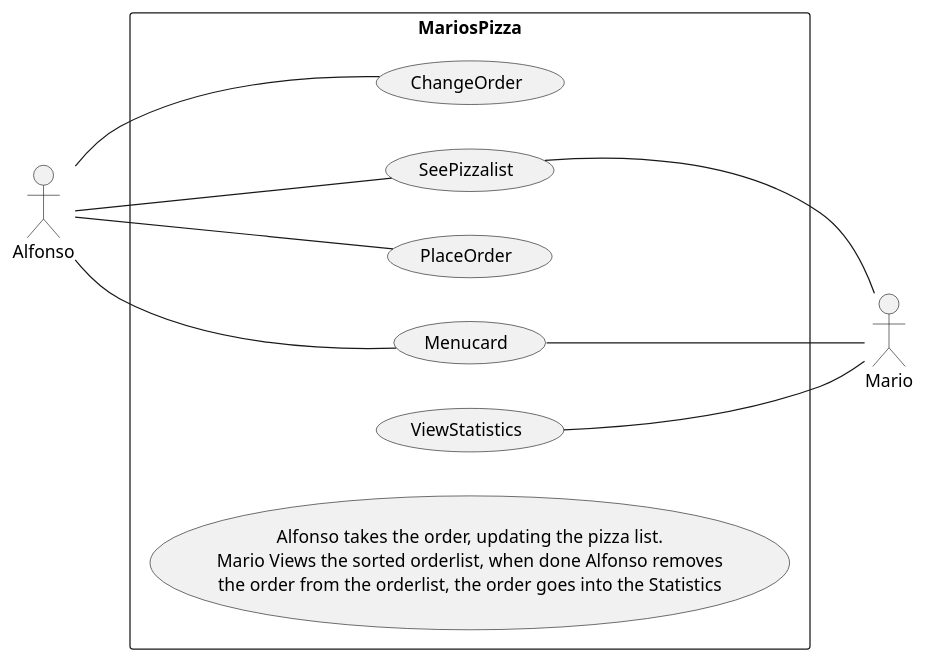
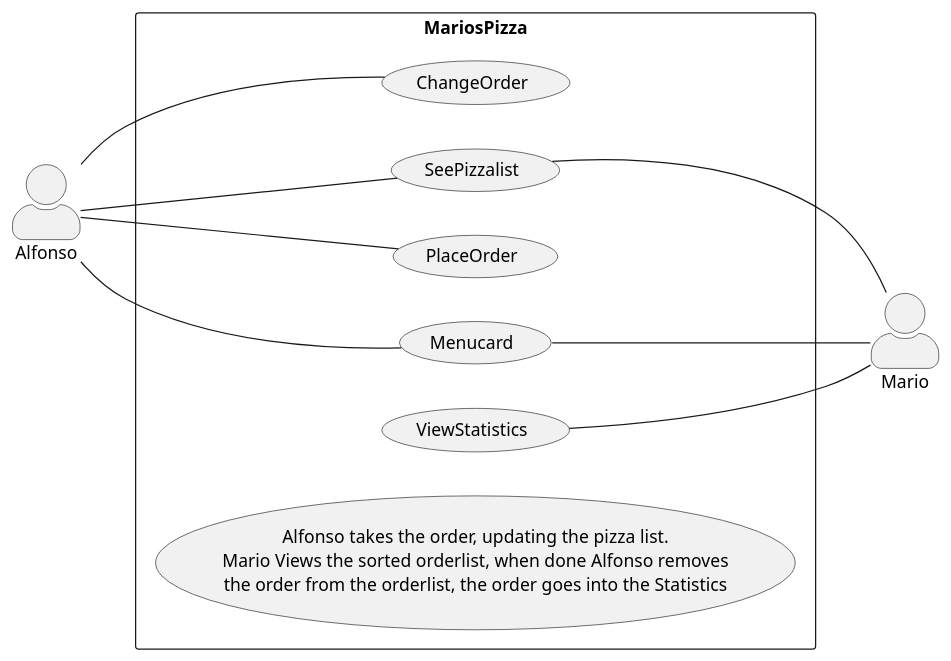
One commit to Kvark96/SP3_Mario changed the diagram in .idea/UML/Mario UserCase.puml. Above: the diagram before and after it, drawn with PlantUML. The commit also changed 5 other files, not shown here.

Commit message:
Remainder of class diagram finished.

```diff
--- a/.idea/UML/Mario UserCase.puml
+++ b/.idea/UML/Mario UserCase.puml
@@ -1,27 +1,28 @@
     @startuml
 left to right direction
 skinparam packageStyle rectangle
+skinparam actorStyle awesome
 
 actor Mario
 actor Alfonso
 rectangle MariosPizza  {
 
 
- Alfonso -- (ChangeOrder)
+Alfonso -- (ChangeOrder)
 Alfonso -- (SeePizzalist)
 Alfonso -- (PlaceOrder)
 Alfonso --(Menucard)
 
 
 (ViewStatistics) -- Mario
 (SeePizzalist) -- Mario
 (Menucard) -- Mario
 
 
 
 usecase UC1 as "
 Alfonso takes the order, updating the pizza list.
 Mario Views the sorted orderlist, when done Alfonso removes
 the order from the orderlist, the order goes into the Statistics
 "
 @enduml
```
